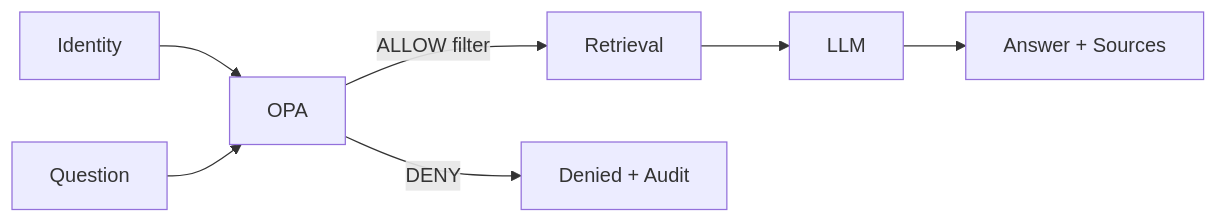
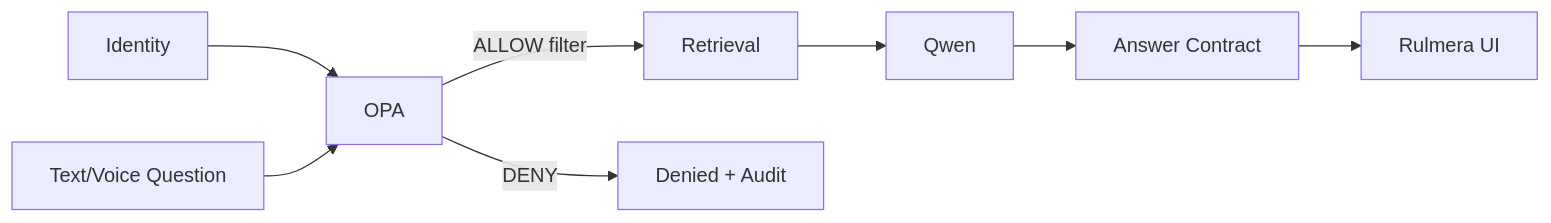
Before and after one commit to hori5000/Rulmera-OPA: the diagram in rulmera-enterprise-knowledge/00-프로젝트관리/02-프로젝트관리계획.md, drawn with Mermaid. The commit also changed other lines of this file and 38 other files, not shown here.

````diff
--- a/rulmera-enterprise-knowledge/00-프로젝트관리/02-프로젝트관리계획.md
+++ b/rulmera-enterprise-knowledge/00-프로젝트관리/02-프로젝트관리계획.md
@@ -31,9 +42,10 @@
 ```mermaid
 flowchart LR
   I[Identity] --> O[OPA]
-  Q[Question] --> O
+  Q[Text/Voice Question] --> O
   O -->|ALLOW filter| R[Retrieval]
   O -->|DENY| D[Denied + Audit]
-  R --> L[LLM]
-  L --> A[Answer + Sources]
+  R --> L[Qwen]
+  L --> C[Answer Contract]
+  C --> U[Rulmera UI]
 ```
````
